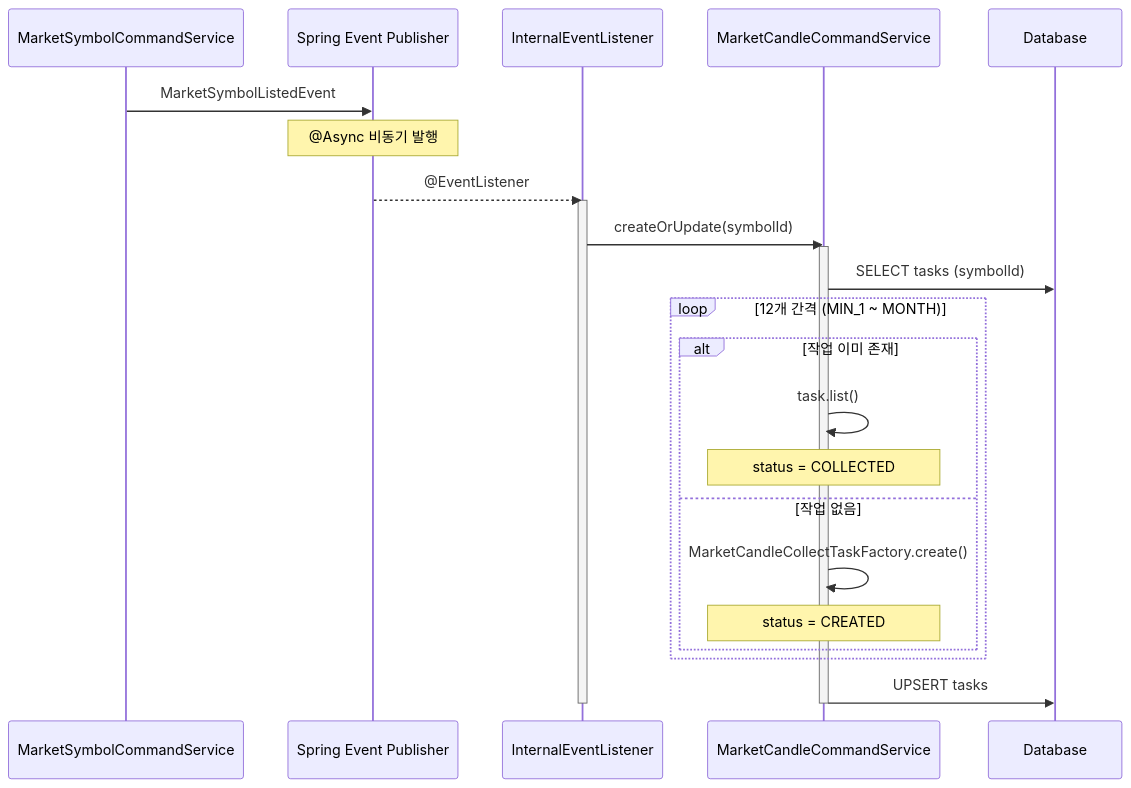
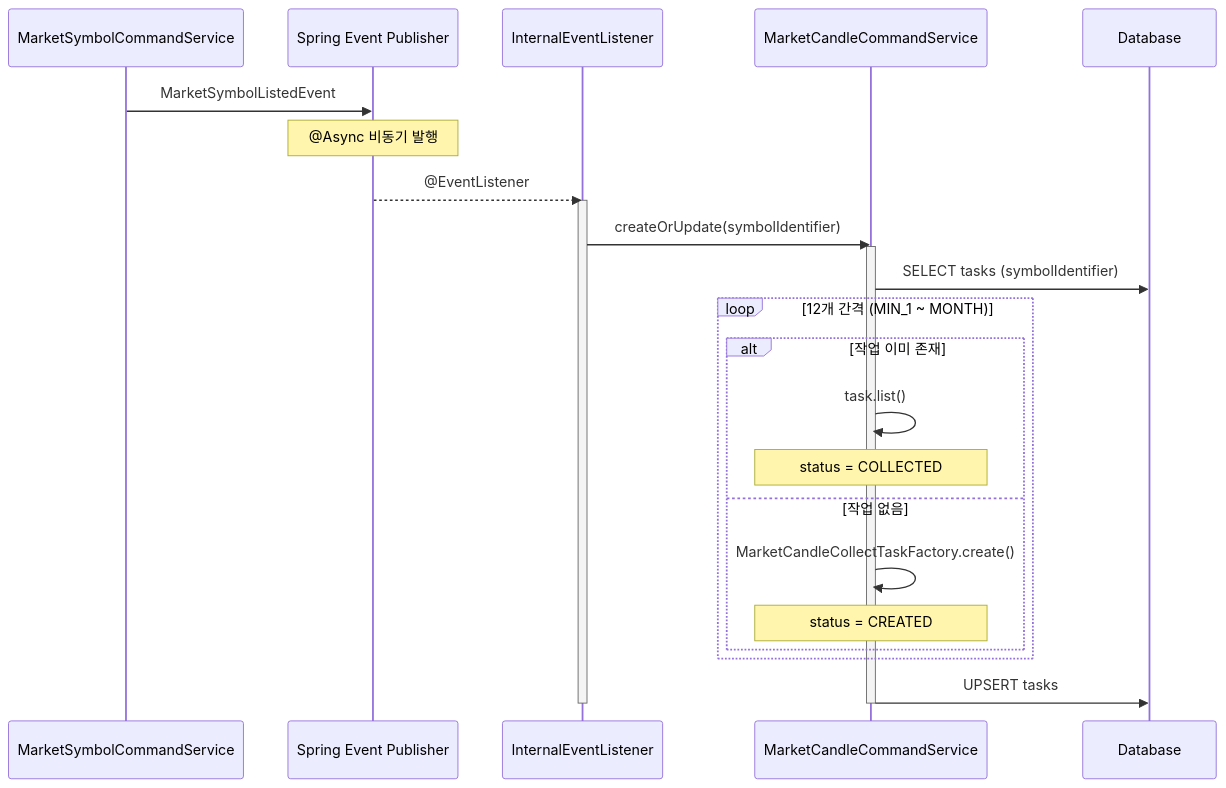
One commit to Trade-Pilot/.github changed the eighth of 17 diagrams in backend/market/sequence-diagram.md. Above: the diagram before and after it, drawn with Mermaid. The commit also changed other lines of this file and 17 other files, not shown here.

````diff
--- a/backend/market/sequence-diagram.md
+++ b/backend/market/sequence-diagram.md
@@ -366,33 +366,33 @@
 ```mermaid
 sequenceDiagram
     participant SymbolService as MarketSymbolCommandService
     participant EventPub as Spring Event Publisher
     participant Listener as InternalEventListener
     participant TaskService as MarketCandleCommandService
     participant DB as Database
 
     SymbolService->>EventPub: MarketSymbolListedEvent
     Note over EventPub: @Async 비동기 발행
 
     EventPub-->>Listener: @EventListener
 
     activate Listener
-    Listener->>TaskService: createOrUpdate(symbolId)
+    Listener->>TaskService: createOrUpdate(symbolIdentifier)
 
     activate TaskService
-    TaskService->>DB: SELECT tasks (symbolId)
+    TaskService->>DB: SELECT tasks (symbolIdentifier)
 
     loop 12개 간격 (MIN_1 ~ MONTH)
         alt 작업 이미 존재
             TaskService->>TaskService: task.list()
             Note over TaskService: status = COLLECTED
         else 작업 없음
             TaskService->>TaskService: MarketCandleCollectTaskFactory.create()
             Note over TaskService: status = CREATED
         end
     end
 
     TaskService->>DB: UPSERT tasks
     deactivate TaskService
     deactivate Listener
 ```
````
